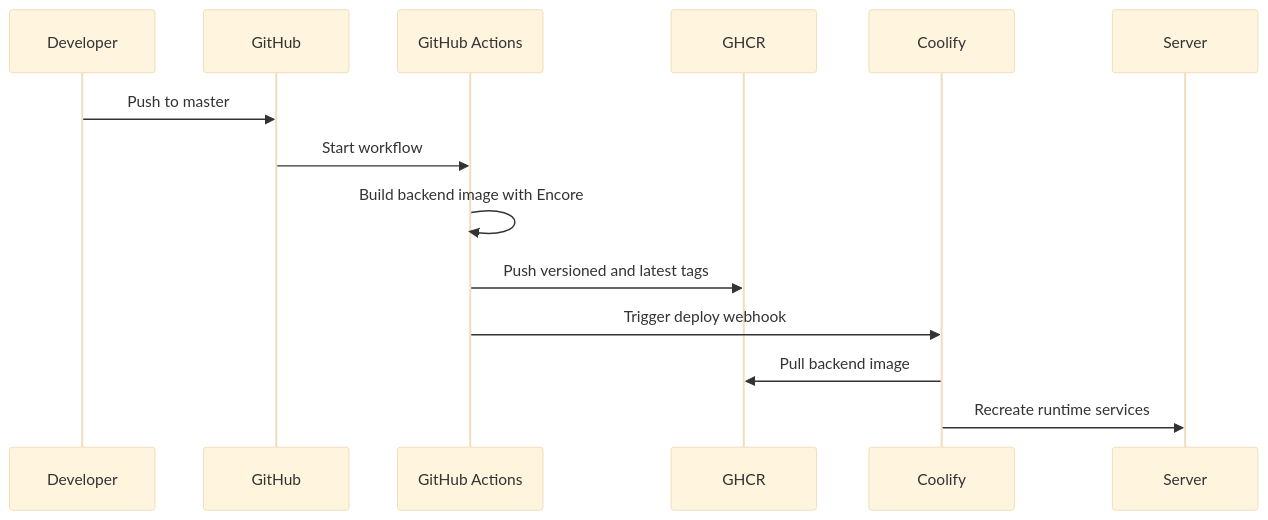
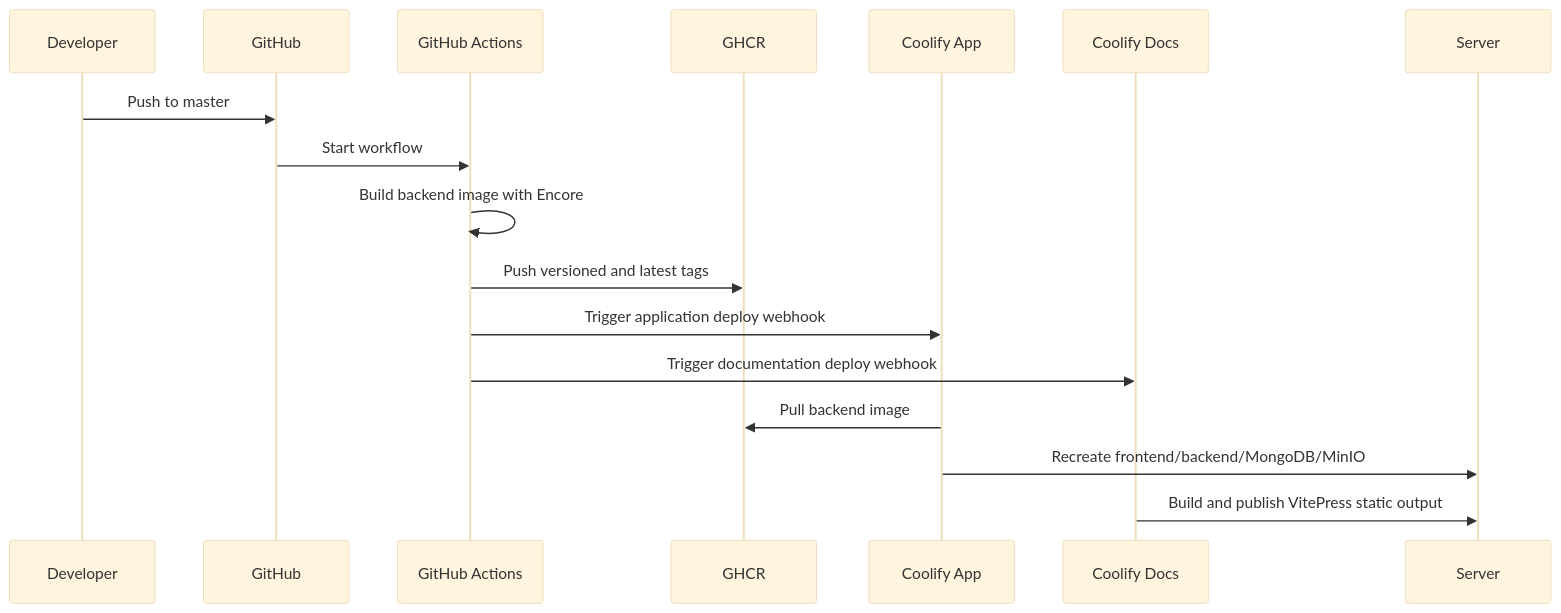
The third of 3 diagrams in documentation/deployment/index.md (akhmetovKamil/useContent), drawn with Mermaid (base theme) before and after one commit. The commit also changed other lines of this file and 4 other files, not shown here.

````diff
--- a/documentation/deployment/index.md
+++ b/documentation/deployment/index.md
@@ -59,17 +91,20 @@
 ```mermaid
 sequenceDiagram
     participant Dev as Developer
     participant GH as GitHub
     participant Actions as GitHub Actions
     participant Registry as GHCR
-    participant Coolify
+    participant Coolify as Coolify App
+    participant Docs as Coolify Docs
     participant Server
 
     Dev->>GH: Push to master
     GH->>Actions: Start workflow
     Actions->>Actions: Build backend image with Encore
     Actions->>Registry: Push versioned and latest tags
-    Actions->>Coolify: Trigger deploy webhook
+    Actions->>Coolify: Trigger application deploy webhook
+    Actions->>Docs: Trigger documentation deploy webhook
     Coolify->>Registry: Pull backend image
-    Coolify->>Server: Recreate runtime services
+    Coolify->>Server: Recreate frontend/backend/MongoDB/MinIO
+    Docs->>Server: Build and publish VitePress static output
 ```
````
